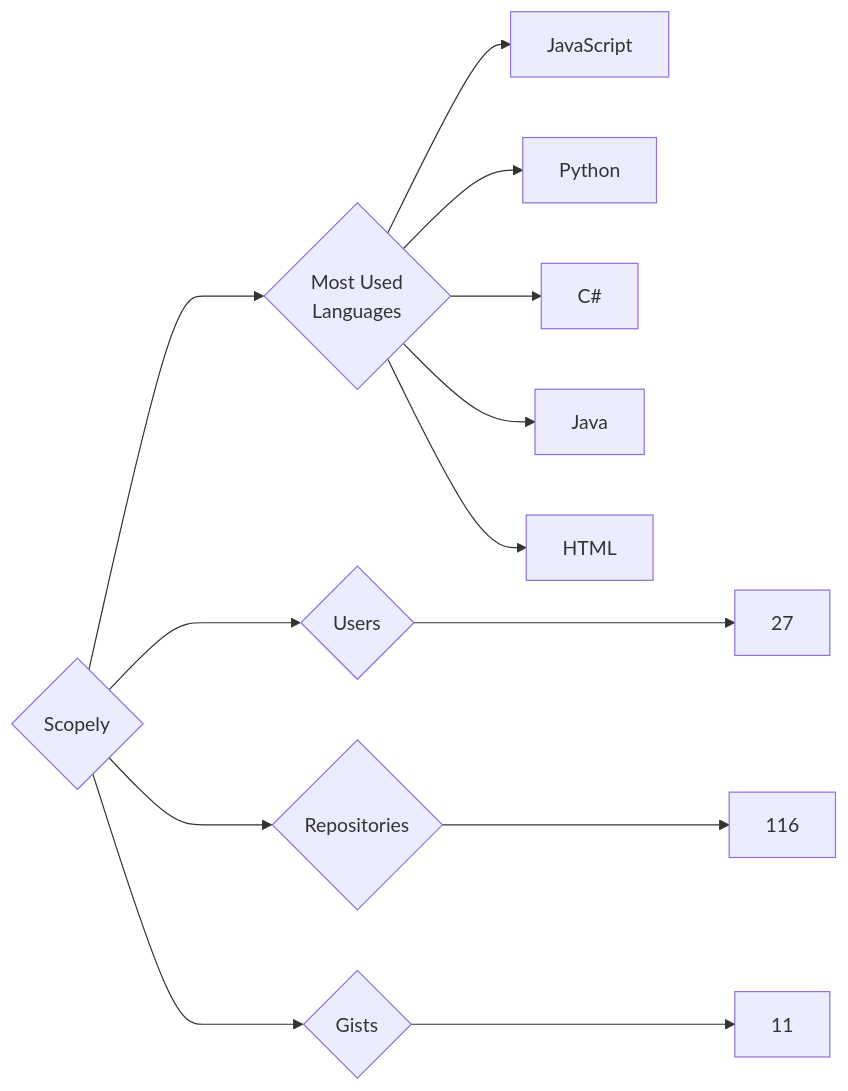
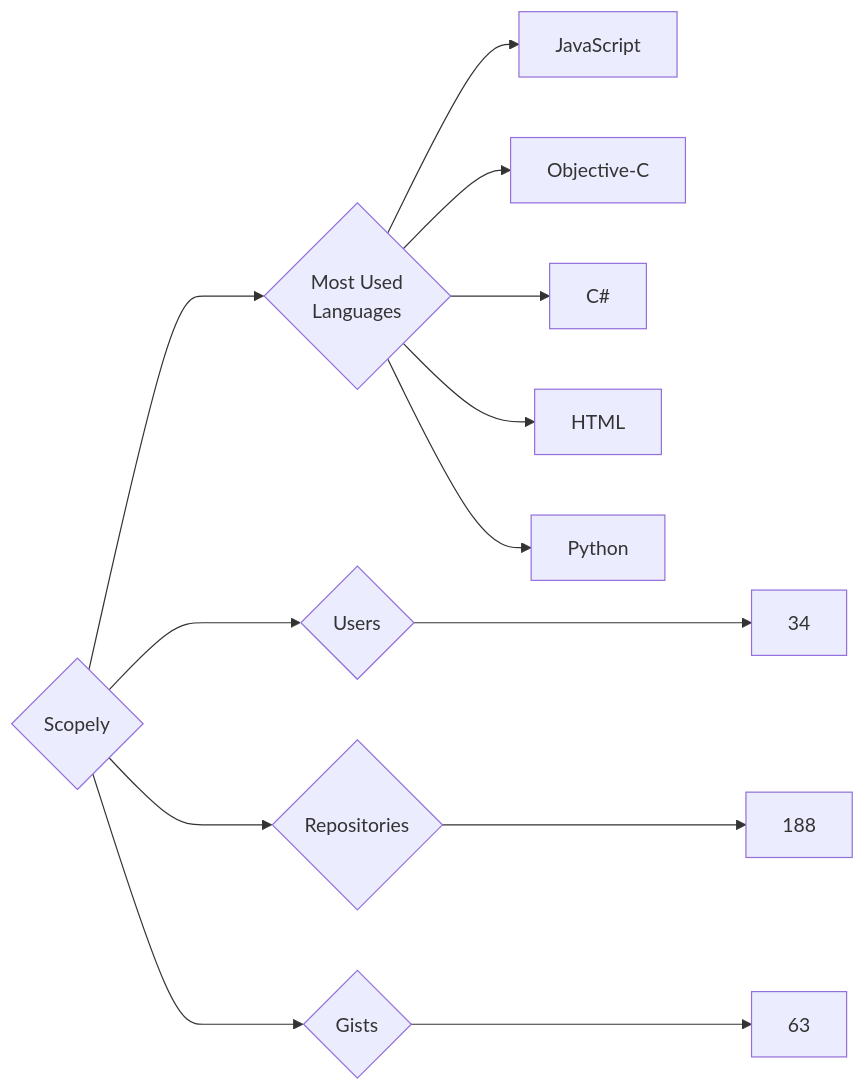
Before and after one commit to trickest/insiders: the diagram in targets/Scopely/README.md, drawn with Mermaid. The commit also changed 972 other files, not shown here.

````diff
--- a/targets/Scopely/README.md
+++ b/targets/Scopely/README.md
@@ -3,13 +3,13 @@
 ```mermaid
 graph LR
 COMPANY_NAME{Scopely}
-COMPANY_NAME ---> U{Users} ---> UN[27]
-COMPANY_NAME ---> R{Repositories} ---> RN[116]
-COMPANY_NAME ---> G{Gists} ---> GN[11]
+COMPANY_NAME ---> U{Users} ---> UN[34]
+COMPANY_NAME ---> R{Repositories} ---> RN[188]
+COMPANY_NAME ---> G{Gists} ---> GN[63]
 COMPANY_NAME ---> ML{Most Used<br>Languages}
 ML --> JavaScript[JavaScript]
+ML --> Objective-C[Objective-C]
+ML --> C#[C#]
+ML --> HTML[HTML]
 ML --> Python[Python]
-ML --> C#[C#]
-ML --> Java[Java]
-ML --> HTML[HTML]
 ```
````
